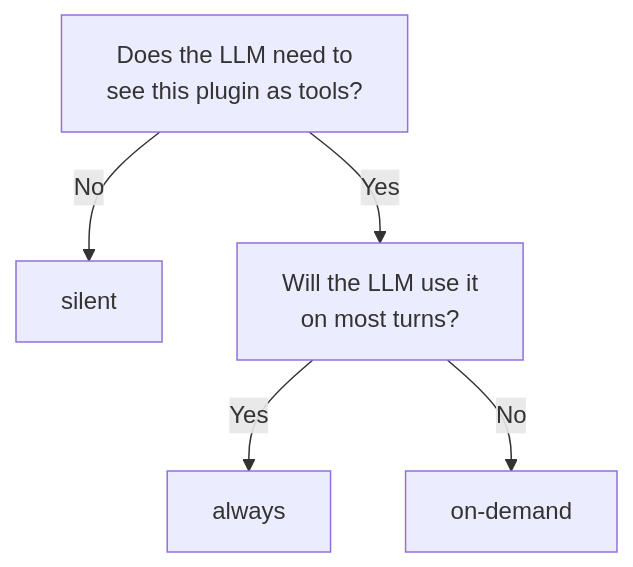
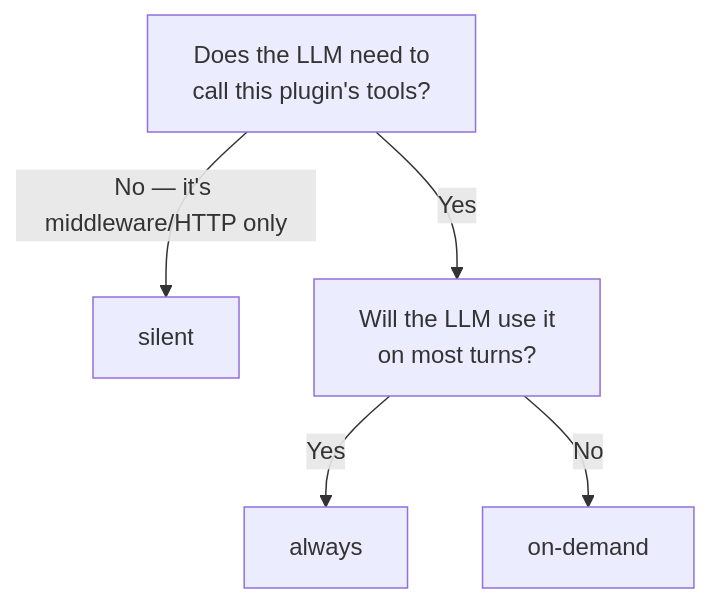
One commit to ixoworld/docs changed the diagram in build-an-oracle/understand/visibility-tiers.mdx. Above: the diagram before and after it, drawn with Mermaid. The commit also changed other lines of this file and 49 other files, not shown here.

````diff
--- a/build-an-oracle/understand/visibility-tiers.mdx
+++ b/build-an-oracle/understand/visibility-tiers.mdx
@@ -27,8 +44,8 @@
 ```mermaid
 graph TD
-    A["Does the LLM need to<br/>see this plugin as tools?"]
-    A -->|No| Silent["silent"]
+    A["Does the LLM need to<br/>call this plugin's tools?"]
+    A -->|"No — it's middleware/HTTP only"| Silent["silent"]
     A -->|Yes| B["Will the LLM use it<br/>on most turns?"]
     B -->|Yes| Always["always"]
     B -->|No| OnDemand["on-demand"]
 ```
````
